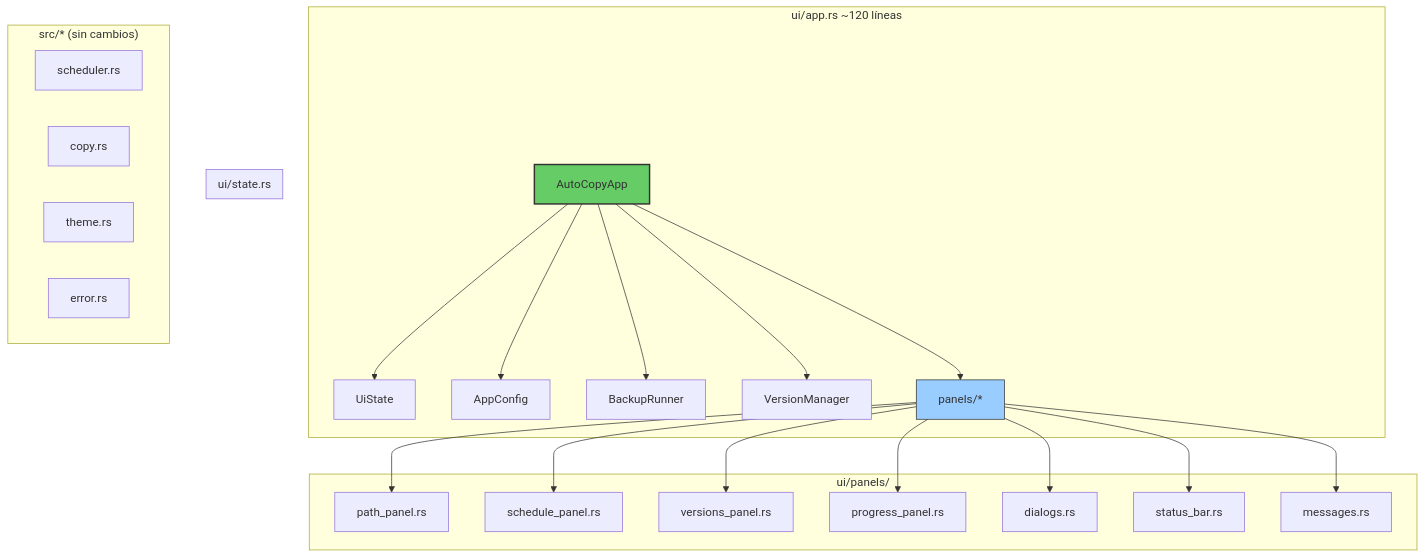
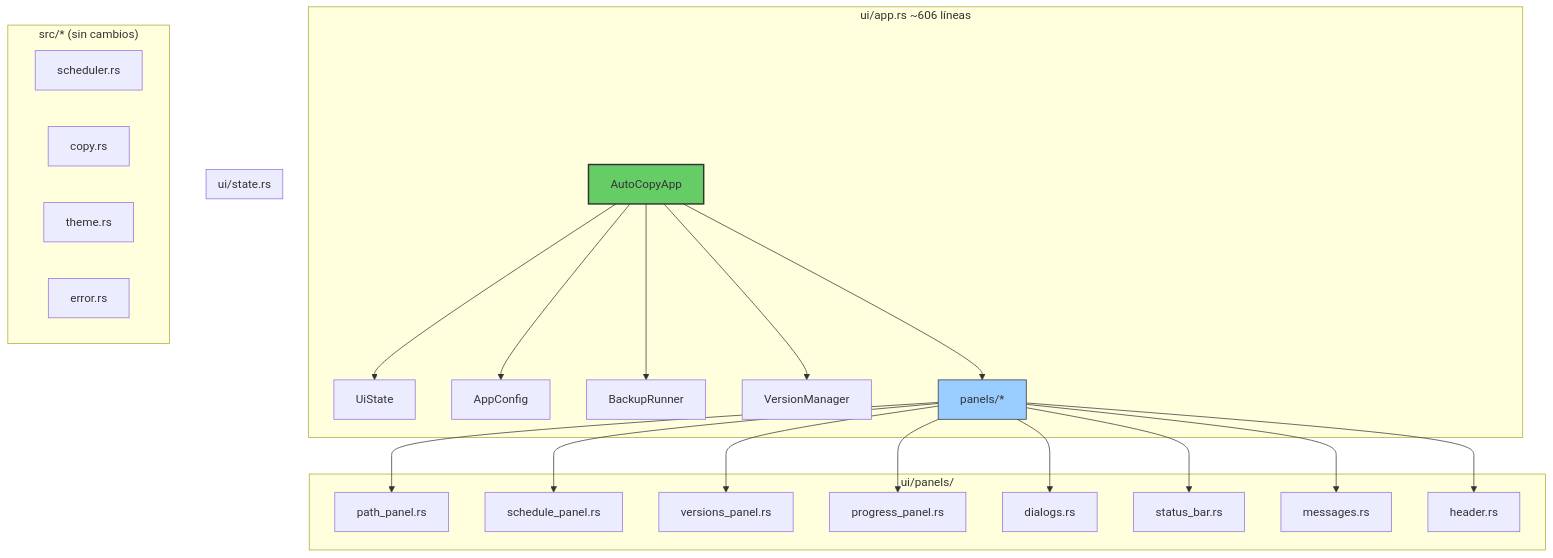
One commit to jhosenthG/project_autocopy changed the first of 2 diagrams in architecture.md. Above: the diagram before and after it, drawn with Mermaid. The commit also changed other lines of this file, not shown here.

````diff
--- a/architecture.md
+++ b/architecture.md
@@ -76,37 +29,38 @@
 ```mermaid
 graph TD
-    subgraph "ui/app.rs ~120 líneas"
+    subgraph "ui/app.rs ~606 líneas"
         AutoCopyApp --> UiState
         AutoCopyApp --> AppConfig
         AutoCopyApp --> BackupRunner
         AutoCopyApp --> VersionManager
         AutoCopyApp --> panels["panels/*"]
     end
 
     subgraph "ui/panels/"
         panels --> path_panel["path_panel.rs"]
         panels --> schedule_panel["schedule_panel.rs"]
         panels --> versions_panel["versions_panel.rs"]
         panels --> progress_panel["progress_panel.rs"]
         panels --> dialogs["dialogs.rs"]
         panels --> status_bar["status_bar.rs"]
         panels --> messages["messages.rs"]
+        panels --> header["header.rs"]
     end
 
     subgraph "ui/state.rs"
         UiState
     end
 
     subgraph "src/* (sin cambios)"
         AppConfig
         BackupRunner
         VersionManager
         scheduler["scheduler.rs"]
         copy["copy.rs"]
         theme["theme.rs"]
         error["error.rs"]
     end
 
     style AutoCopyApp fill:#6c6,stroke:#333,stroke-width:2px
     style panels fill:#9cf,stroke:#333
 ```
````
